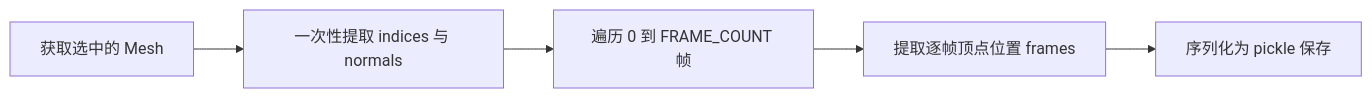
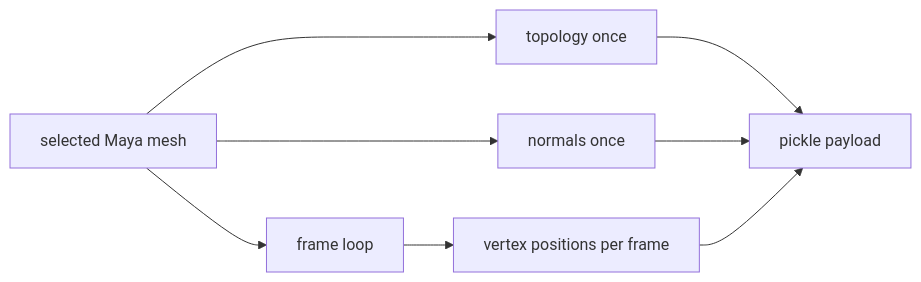
One commit to EvihGraphics/AnimationTech-HTC changed the ninth of 13 diagrams in docs/blog/AnimationPapers/halo_4_exporter_from_maya/README.md. Above: the diagram before and after it, drawn with Mermaid. The commit also changed other lines of this file and 6 other files, not shown here.

````diff
--- a/docs/blog/AnimationPapers/halo_4_exporter_from_maya/README.md
+++ b/docs/blog/AnimationPapers/halo_4_exporter_from_maya/README.md
@@ -104,7 +190,10 @@
 ```mermaid
 flowchart LR
-    A[获取选中的 Mesh] --> B[一次性提取 indices 与 normals]
-    B --> C[遍历 0 到 FRAME_COUNT 帧]
-    C --> D[提取逐帧顶点位置 frames]
-    D --> E[序列化为 pickle 保存]
+    A[selected Maya mesh] --> B[topology once]
+    A --> C[normals once]
+    A --> D[frame loop]
+    D --> E[vertex positions per frame]
+    B --> F[pickle payload]
+    C --> F
+    E --> F
 ```
````
